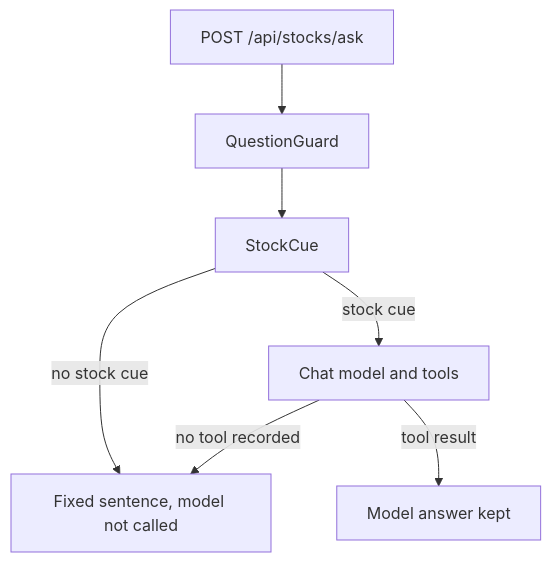
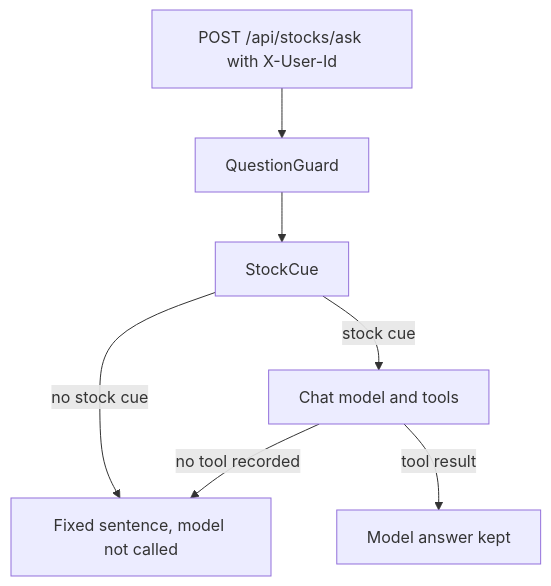
One commit to tufangorel/spring-boot-ai-stock-mcp changed the seventh of 11 diagrams in README.md. Above: the diagram before and after it, drawn with Mermaid. The commit also changed other lines of this file and 13 other files, not shown here.

````diff
--- a/README.md
+++ b/README.md
@@ -670,9 +683,9 @@
 ```mermaid
 flowchart TD
-    Request["POST /api/stocks/ask"] --> Guard["QuestionGuard"]
+    Request["POST /api/stocks/ask with X-User-Id"] --> Guard["QuestionGuard"]
     Guard --> Cue["StockCue"]
     Cue -->|no stock cue| Fixed["Fixed sentence, model not called"]
     Cue -->|stock cue| Model["Chat model and tools"]
     Model -->|no tool recorded| Fixed
     Model -->|tool result| Kept["Model answer kept"]
 ```
````
